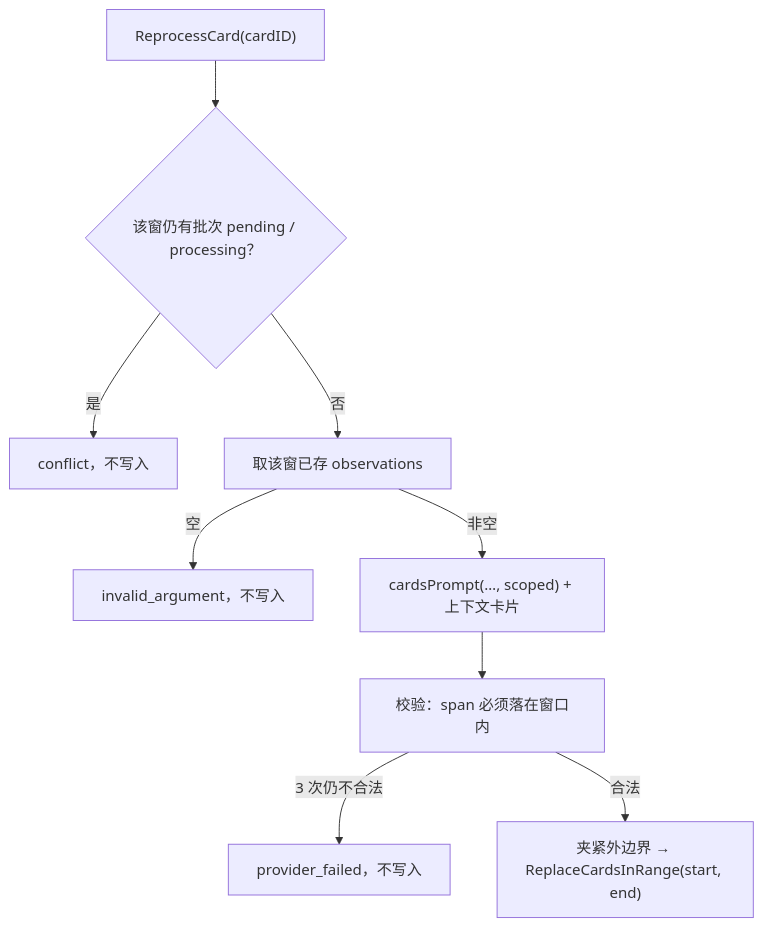
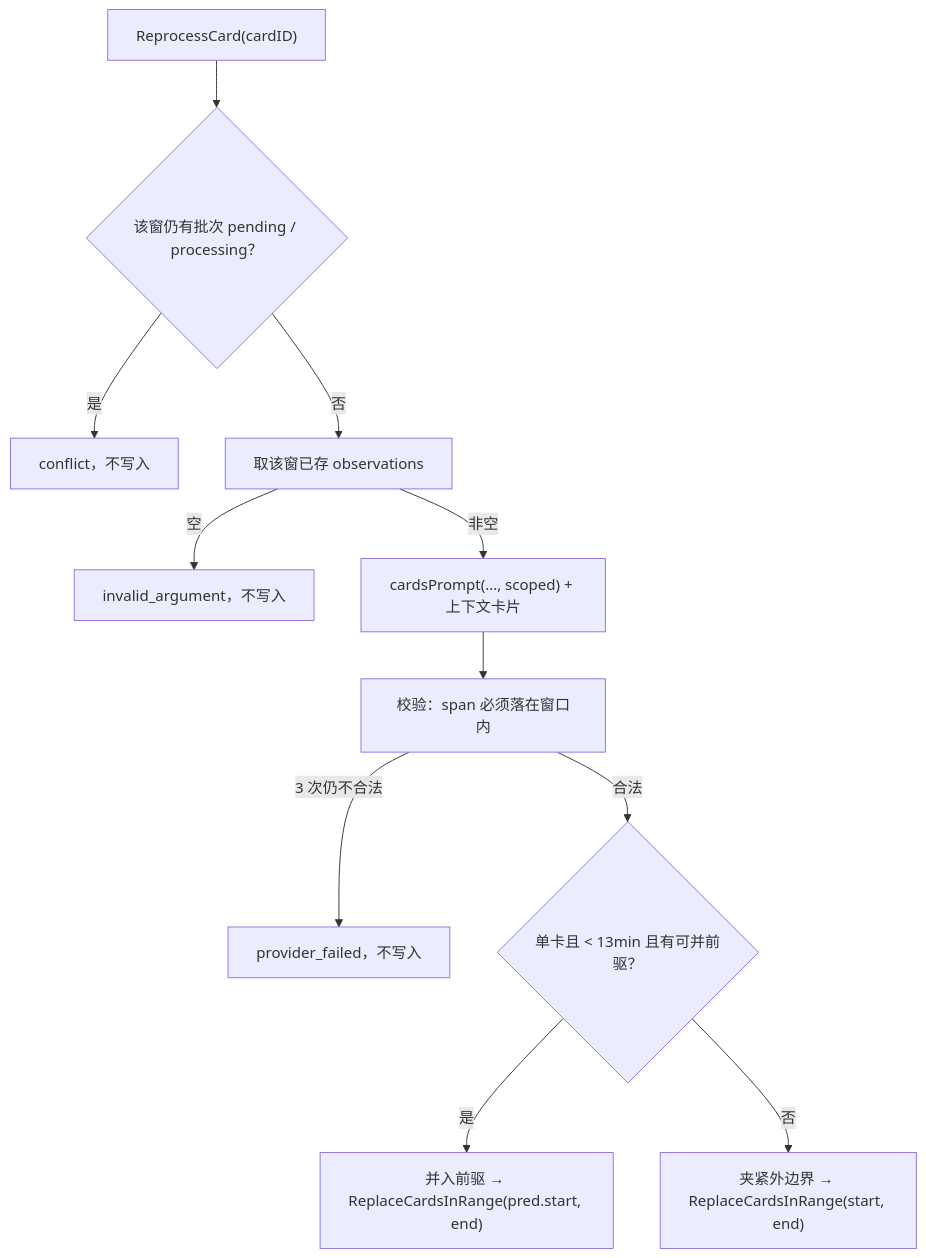
One commit to Jwz-git/Daygo changed the fourth of 5 diagrams in docs/04-data-flow.md. Above: the diagram before and after it, drawn with Mermaid. The commit also changed other lines of this file and 14 other files, not shown here.

````diff
--- a/docs/04-data-flow.md
+++ b/docs/04-data-flow.md
@@ -328,11 +330,13 @@
 ```mermaid
 flowchart TD
     R["ReprocessCard(cardID)"] --> W{"该窗仍有批次 pending / processing？"}
     W -->|是| C["conflict，不写入"]
     W -->|否| O["取该窗已存 observations"]
     O -->|空| E["invalid_argument，不写入"]
     O -->|非空| P["cardsPrompt(…, scoped) + 上下文卡片"]
     P --> V["校验：span 必须落在窗口内"]
     V -->|3 次仍不合法| F["provider_failed，不写入"]
-    V -->|合法| PIN["夹紧外边界 → ReplaceCardsInRange(start, end)"]
+    V -->|合法| S{"单卡且 < 13min 且有可并前驱？"}
+    S -->|是| M["并入前驱 → ReplaceCardsInRange(pred.start, end)"]
+    S -->|否| PIN["夹紧外边界 → ReplaceCardsInRange(start, end)"]
 ```
````
